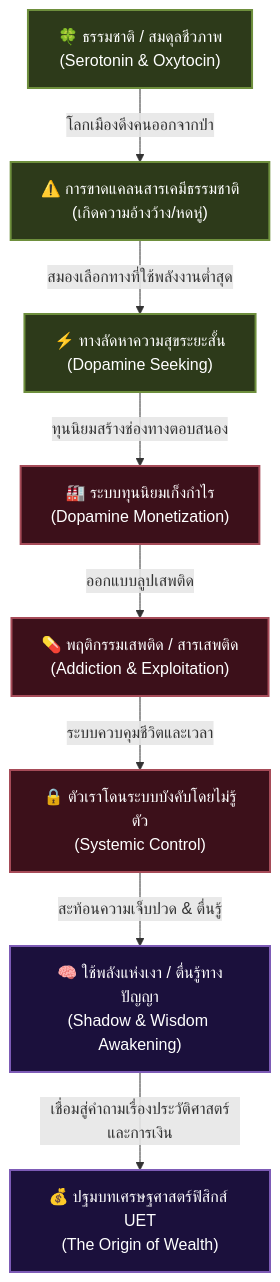
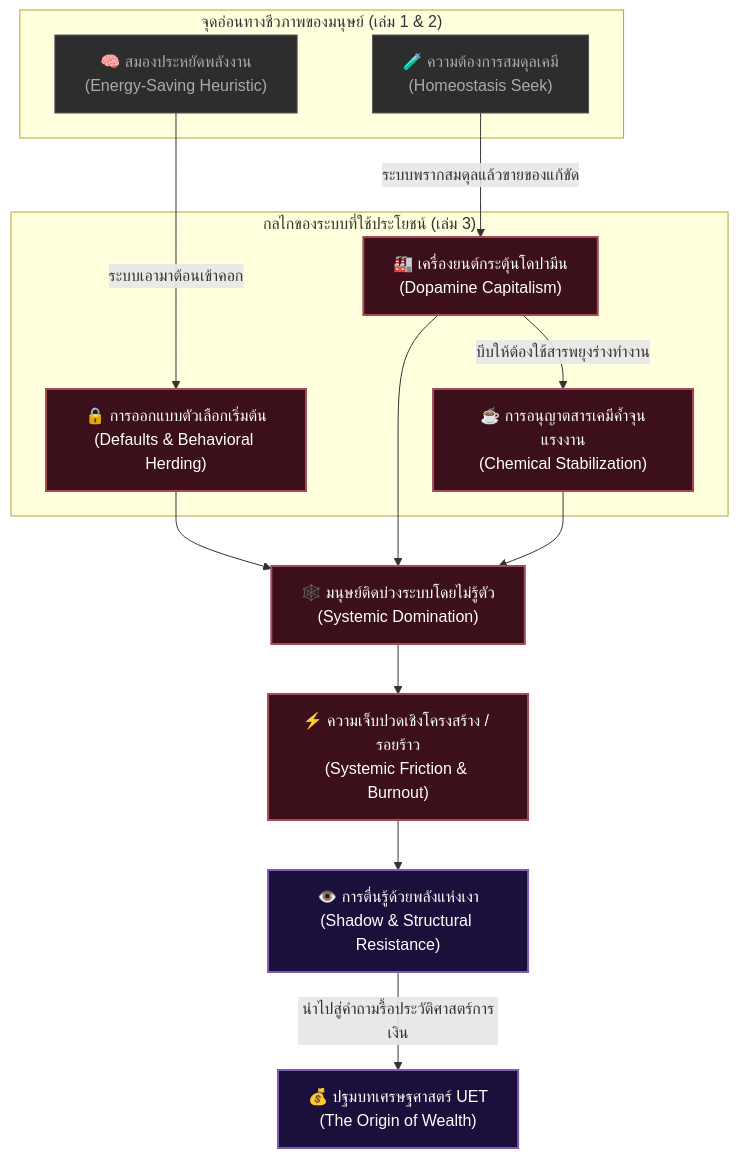
Before and after one commit to ellipszist/unityequilibriumtheory: the diagram in uet_history/3_publish/books/03 psy + Econmi/book_blueprint.md, drawn with Mermaid. The commit also changed other lines of this file and 1 other file, not shown here.

Commit message:
docs: pivot Book 3 blueprint to systemic exploitation and update ledger

````diff
--- a/uet_history/3_publish/books/03 psy + Econmi/book_blueprint.md
+++ b/uet_history/3_publish/books/03 psy + Econmi/book_blueprint.md
@@ -10,28 +10,38 @@
 ```mermaid
 graph TD
-    %% Individual Level
-    Nature["🍀 ธรรมชาติ / สมดุลชีวภาพ<br/>(Serotonin & Oxytocin)"] -->|โลกเมืองดึงคนออกจากป่า| Deficit["⚠️ การขาดแคลนสารเคมีธรรมชาติ<br/>(เกิดความอ้างว้าง/หดหู่)"]
+    %% Human Biology (Leveraged by System)
+    subgraph Human ["จุดอ่อนทางชีวภาพของมนุษย์ (เล่ม 1 & 2)"]
+        EnergySaving["🧠 สมองประหยัดพลังงาน<br/>(Energy-Saving Heuristic)"]
+        ChemBalance["🧪 ความต้องการสมดุลเคมี<br/>(Homeostasis Seek)"]
+    end
+
+    %% Systemic Exploitation (The Focus of Book 3)
+    subgraph System ["กลไกของระบบที่ใช้ประโยชน์ (เล่ม 3)"]
+        DefaultDesign["🔒 การออกแบบตัวเลือกเริ่มต้น<br/>(Defaults & Behavioral Herding)"]
+        DopamineEngine["🏭 เครื่องยนต์กระตุ้นโดปามีน<br/>(Dopamine Capitalism)"]
+        ChemicalCoping["☕ การอนุญาตสารเคมีค้ำจุนแรงงาน<br/>(Chemical Stabilization)"]
+    end
+
+    %% Consequences & Resistance
+    SystemicTrap["🕸️ มนุษย์ติดบ่วงระบบโดยไม่รู้ตัว<br/>(Systemic Domination)"]
+    Friction["⚡ ความเจ็บปวดเชิงโครงสร้าง / รอยร้าว<br/>(Systemic Friction & Burnout)"]
+    Awakening["👁️ การตื่นรู้ด้วยพลังแห่งเงา<br/>(Shadow & Structural Resistance)"]
+
+    %% Flow
+    EnergySaving -->|ระบบเอามาต้อนเข้าคอก| DefaultDesign
+    ChemBalance -->|ระบบพรากสมดุลแล้วขายของแก้ขัด| DopamineEngine
+    DopamineEngine -->|บีบให้ต้องใช้สารพยุงร่างทำงาน| ChemicalCoping
+    DefaultDesign & DopamineEngine & ChemicalCoping --> SystemicTrap
+    SystemicTrap --> Friction
+    Friction --> Awakening
+    Awakening -->|นำไปสู่คำถามรื้อประวัติศาสตร์การเงิน| EconBridge["💰 ปฐมบทเศรษฐศาสตร์ UET<br/>(The Origin of Wealth)"]
+
+    %% Styles
+    classDef bio fill:#2d2d2d,stroke:#555,color:#aaa;
+    classDef sys fill:#3c101a,stroke:#a64b58,stroke-width:2px,color:#fff;
+    classDef awake fill:#1b103c,stroke:#7d5bb6,stroke-width:2px,color:#fff;
     
-    %% Brain Optimization Loop
-    Deficit -->|สมองเลือกทางที่ใช้พลังงานต่ำสุด| ShortCut["⚡ ทางลัดหาความสุขระยะสั้น<br/>(Dopamine Seeking)"]
-    
-    %% Capitalist Exploitation (System Level)
-    ShortCut -->|ทุนนิยมสร้างช่องทางตอบสนอง| Capitalism["🏭 ระบบทุนนิยมเก็งกำไร<br/>(Dopamine Monetization)"]
-    Capitalism -->|ออกแบบลูปเสพติด| Addiction["💊 พฤติกรรมเสพติด / สารเสพติด<br/>(Addiction & Exploitation)"]
-    
-    %% The Trap (Systemic Control)
-    Addiction -->|ระบบควบคุมชีวิตและเวลา| SystemicConstraint["🔒 ตัวเราโดนระบบบังคับโดยไม่รู้ตัว<br/>(Systemic Control)"]
-    
-    %% The Awakening (The Bridge)
-    SystemicConstraint -->|สะท้อนความเจ็บปวด & ตื่นรู้| Shadow["🧠 ใช้พลังแห่งเงา / ตื่นรู้ทางปัญญา<br/>(Shadow & Wisdom Awakening)"]
-    Shadow -->|เชื่อมสู่คำถามเรื่องประวัติศาสตร์และการเงิน| EconBridge["💰 ปฐมบทเศรษฐศาสตร์ฟิสิกส์ UET<br/>(The Origin of Wealth)"]
-    
-    %% Styles
-    classDef biological fill:#2d3a1a,stroke:#6e8f3d,stroke-width:2px,color:#fff;
-    classDef trap fill:#3c101a,stroke:#a64b58,stroke-width:2px,color:#fff;
-    classDef awakening fill:#1b103c,stroke:#7d5bb6,stroke-width:2px,color:#fff;
-    
-    class Nature,Deficit,ShortCut biological;
-    class Capitalism,Addiction,SystemicConstraint trap;
-    class Shadow,EconBridge awakening;
+    class EnergySaving,ChemBalance bio;
+    class DefaultDesign,DopamineEngine,ChemicalCoping,SystemicTrap,Friction sys;
+    class Awakening,EconBridge awake;
 ```
````
